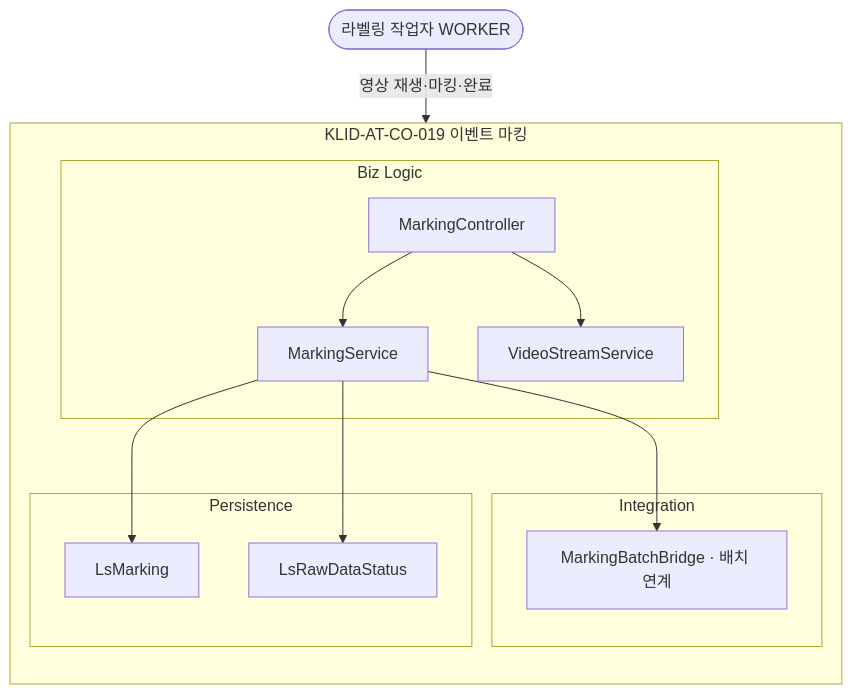
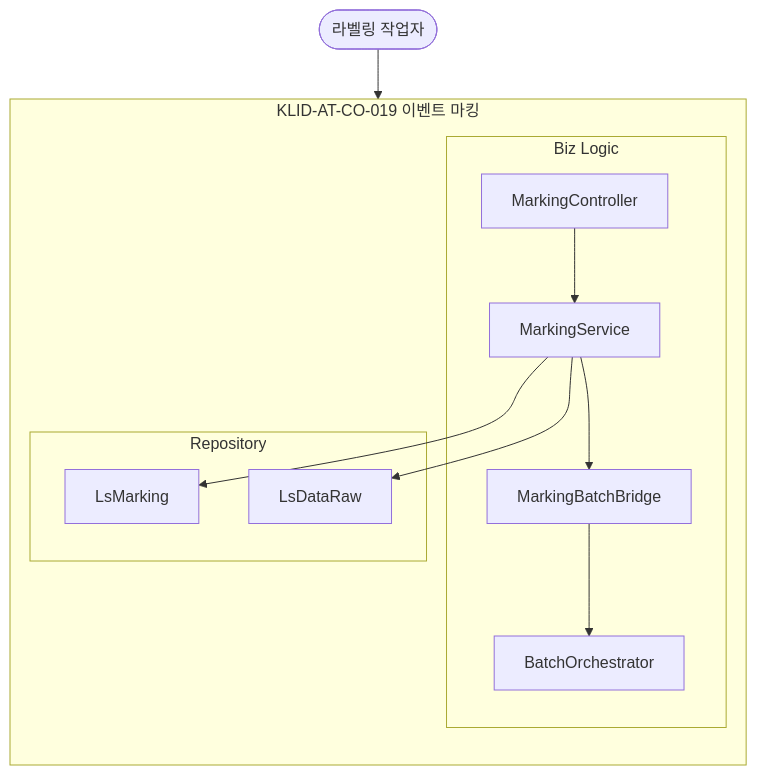
Before and after one commit to New-stella/klid-label: diagram 15 of 18 in docs/design/D3-컴포넌트설계서.md, drawn with Mermaid. The commit also changed other lines of this file and 7 other files, not shown here.

````diff
--- a/docs/design/D3-컴포넌트설계서.md
+++ b/docs/design/D3-컴포넌트설계서.md
@@ -480,25 +469,23 @@
 ```mermaid
 flowchart TD
-    WORKER([라벨링 작업자 WORKER])
+    WORKER([라벨링 작업자])
     subgraph CO019[KLID-AT-CO-019 이벤트 마킹]
         direction TB
         subgraph BIZ19[Biz Logic]
             MC[MarkingController]
             MS[MarkingService]
-            VSS[VideoStreamService]
+            MBB[MarkingBatchBridge]
+            BO[BatchOrchestrator]
         end
-        subgraph INT19[Integration]
-            MBB[MarkingBatchBridge · 배치 연계]
-        end
-        subgraph PER19[Persistence]
-            LMK[LsMarking]
-            LRS[LsRawDataStatus]
+        subgraph REP19[Repository]
+            MRK[LsMarking]
+            RAW19[LsDataRaw]
         end
         MC --> MS
-        MC --> VSS
-        MS --> LMK
-        MS --> LRS
+        MS --> RAW19
+        MS --> MRK
         MS --> MBB
+        MBB --> BO
     end
-    WORKER -->|영상 재생·마킹·완료| MC
+    WORKER --> MC
 ```
````
